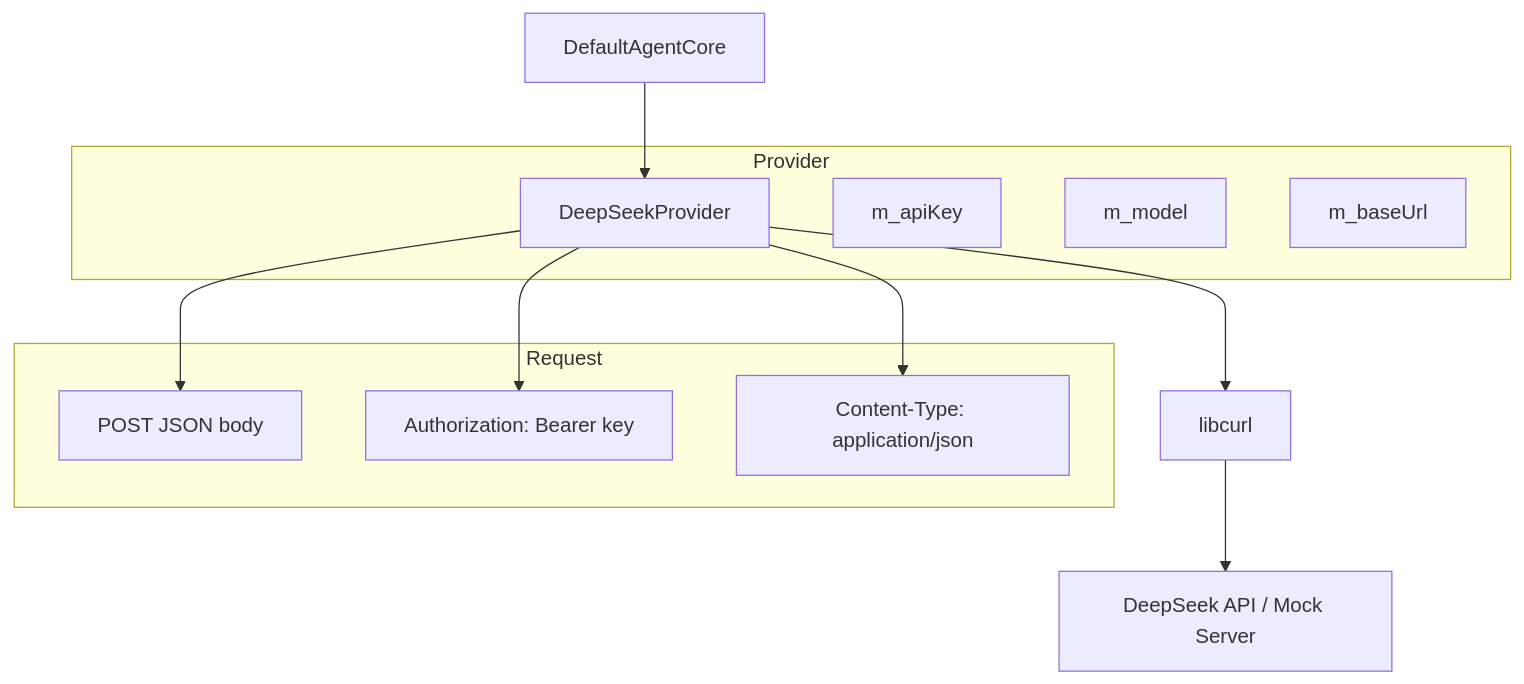
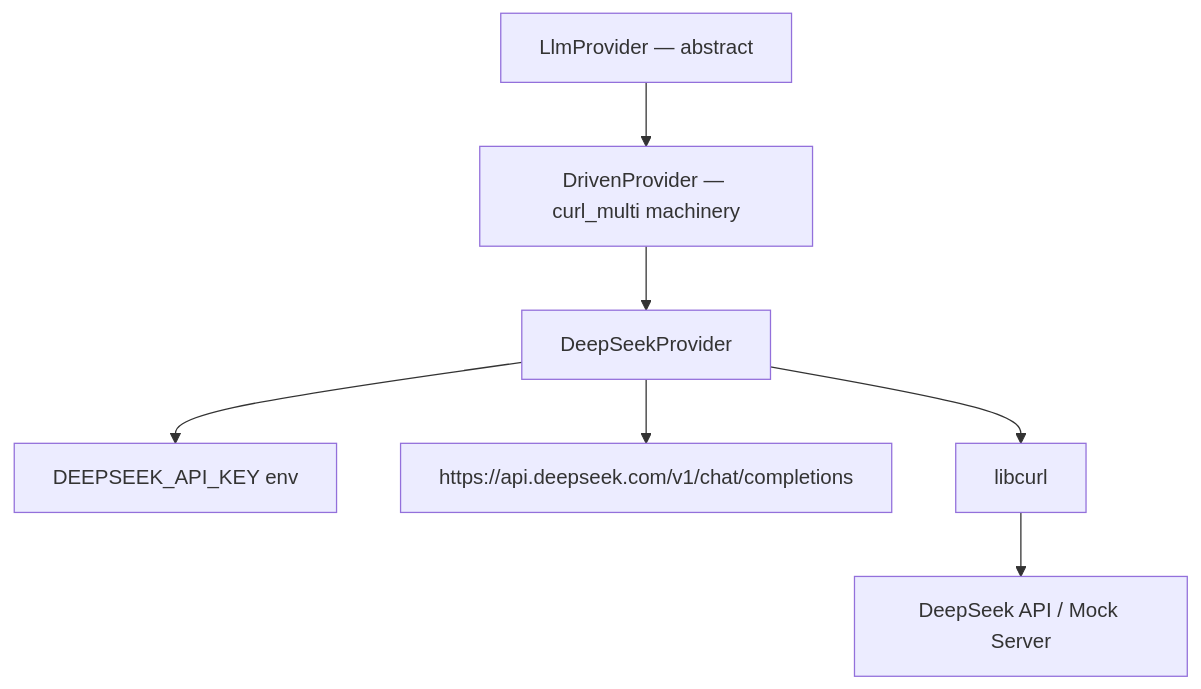
One commit to opensassi/a0 changed the first of 2 diagrams in src/deepseek_provider.spec.md. Above: the diagram before and after it, drawn with Mermaid. The commit also changed other lines of this file and 30 other files, not shown here.

````diff
--- a/src/deepseek_provider.spec.md
+++ b/src/deepseek_provider.spec.md
@@ -57,23 +41,15 @@
 ```mermaid
 graph TB
-    subgraph Provider
-        DSP[DeepSeekProvider]
-        KEY[m_apiKey]
-        MODEL[m_model]
-        URL[m_baseUrl]
-    end
+    LLM[LlmProvider — abstract]
+    DP[DrivenProvider — curl_multi machinery]
+    DS[DeepSeekProvider]
+    KEY[DEEPSEEK_API_KEY env]
+    URL[https://api.deepseek.com/v1/chat/completions]
 
-    AC[DefaultAgentCore] --> DSP
-    DSP --> CURL[libcurl]
+    LLM --> DP
+    DP --> DS
+    DS --> KEY
+    DS --> URL
+    DS --> CURL[libcurl]
     CURL --> API[DeepSeek API / Mock Server]
-
-    subgraph Request
-        PAYLOAD[POST JSON body]
-        AUTH[Authorization: Bearer key]
-        HEADERS[Content-Type: application/json]
-    end
-
-    DSP --> PAYLOAD
-    DSP --> AUTH
-    DSP --> HEADERS
 ```
````
